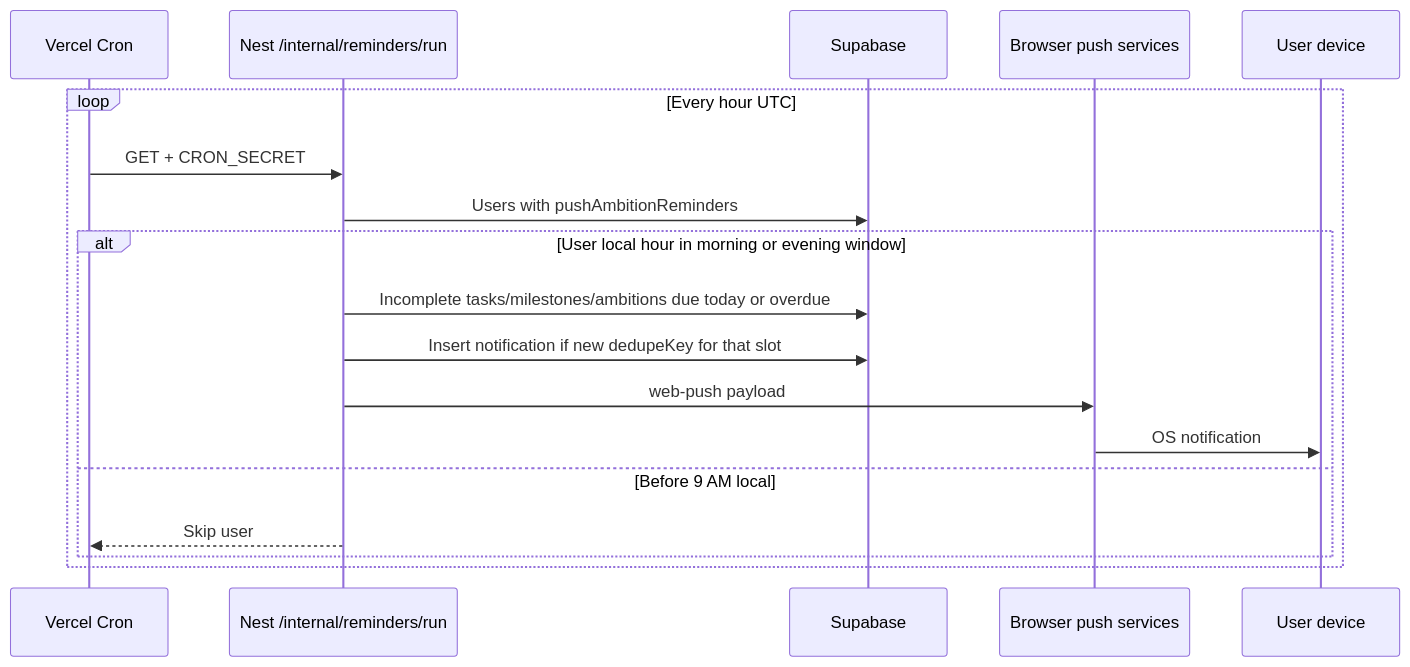
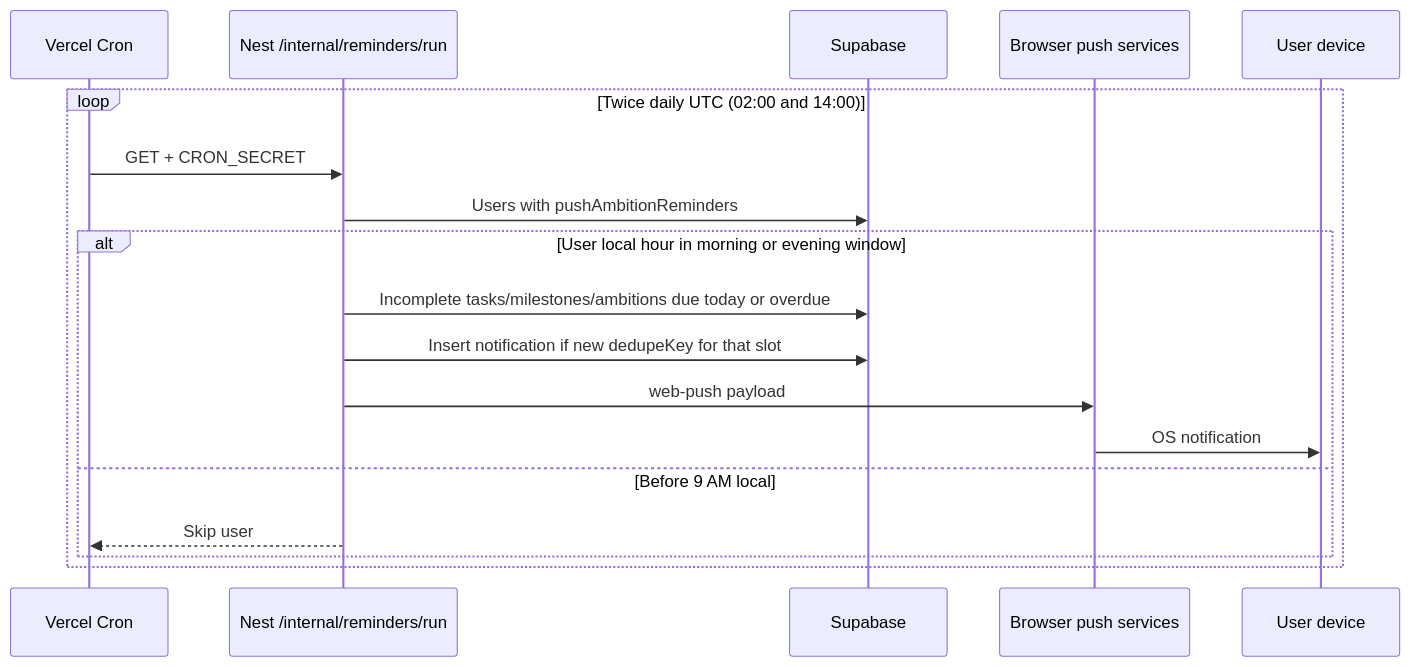
Before and after one commit to hemants1703/AmbitiousYou: the third of 4 diagrams in apps/backend/docs/notifications-cron.md, drawn with Mermaid. The commit also changed other lines of this file and 6 other files, not shown here.

Commit message:
fix(reminders): use Hobby-compatible daily Vercel cron schedules  Replace hourly `0 * * * *` with twice-daily UTC ticks and process multiple reminder slots per sweep so morning catch-up still works on evening runs.

````diff
--- a/apps/backend/docs/notifications-cron.md
+++ b/apps/backend/docs/notifications-cron.md
@@ -105,21 +105,21 @@
 ```mermaid
 sequenceDiagram
   participant VC as Vercel Cron
   participant API as Nest /internal/reminders/run
   participant DB as Supabase
   participant Push as Browser push services
   participant Device as User device
 
-  loop Every hour UTC
+  loop Twice daily UTC (02:00 and 14:00)
     VC->>API: GET + CRON_SECRET
     API->>DB: Users with pushAmbitionReminders
     alt User local hour in morning or evening window
       API->>DB: Incomplete tasks/milestones/ambitions due today or overdue
       API->>DB: Insert notification if new dedupeKey for that slot
       API->>Push: web-push payload
       Push->>Device: OS notification
     else Before 9 AM local
       API-->>VC: Skip user
     end
   end
 ```
````
